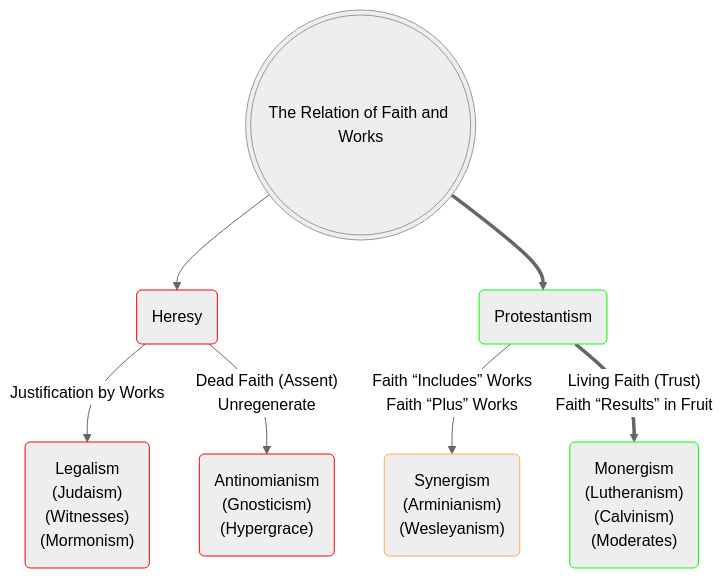
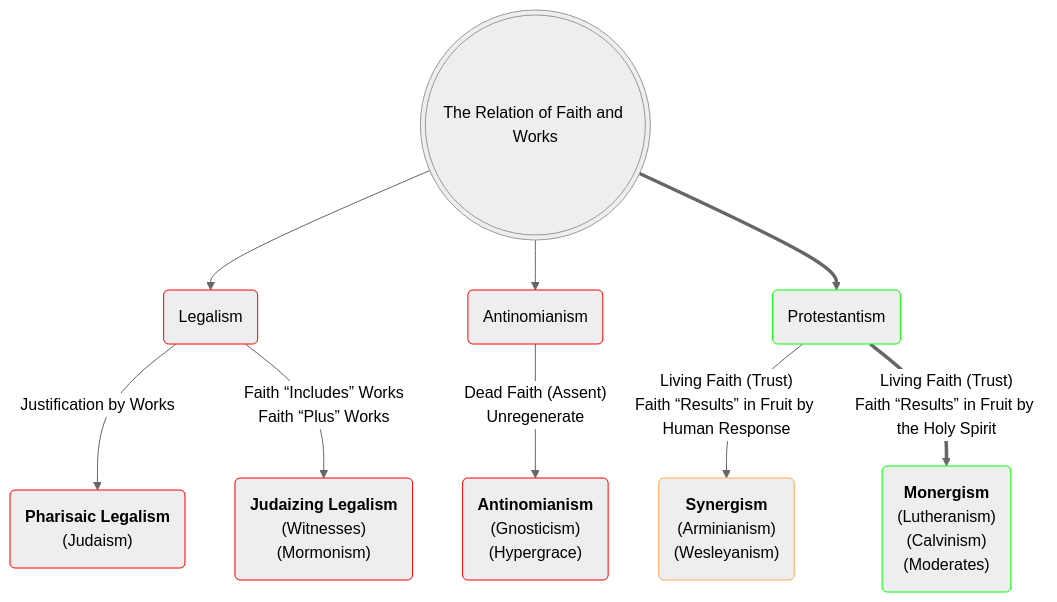
One commit to OrdoLuminis/ordoluminis.github.io changed the diagram in _posts/2025-08-03-historic-protestant-position.markdown. Above: the diagram before and after it, drawn with Mermaid (neutral theme). The commit also changed other lines of this file, not shown here.

````diff
--- a/_posts/2025-08-03-historic-protestant-position.markdown
+++ b/_posts/2025-08-03-historic-protestant-position.markdown
@@ -51,13 +51,15 @@
 ```mermaid
 flowchart TD
     A(((The Relation of Faith and Works)))
-    A -->B(Heresy):::red
-    A ==>C(Protestantism):::green
-    B -->|Justification by Works| D(Legalism<br>&lpar;Judaism&rpar;<br>&lpar;Witnesses&rpar;<br>&lpar;Mormonism&rpar;):::red
-    B -->|Dead Faith &lpar;Assent&rpar;<br>Unregenerate| G(Antinomianism<br>&lpar;Gnosticism&rpar;<br>&lpar;Hypergrace&rpar;):::red
-    C -->|Faith &ldquo;Includes&rdquo; Works<br>Faith &ldquo;Plus&rdquo; Works| E(Synergism<br>&lpar;Arminianism&rpar;<br>&lpar;Wesleyanism&rpar;):::blue
-    C ==>|Living Faith &lpar;Trust&rpar;<br>Faith &ldquo;Results&rdquo; in Fruit| F(Monergism<br>&lpar;Lutheranism&rpar;<br>&lpar;Calvinism&rpar;<br>&lpar;Moderates&rpar;):::green
+    A -->B(Legalism):::red
+    A -->C(Antinomianism):::red
+    A ==>D(Protestantism):::green
+    B -->|Justification by Works| E(<strong>Pharisaic Legalism</strong><br>&lpar;Judaism&rpar;):::red
+    B -->|Faith &ldquo;Includes&rdquo; Works<br>Faith &ldquo;Plus&rdquo; Works| F(<strong>Judaizing Legalism</strong><br>&lpar;Witnesses&rpar;<br>&lpar;Mormonism&rpar;):::red
+    C -->|Dead Faith &lpar;Assent&rpar;<br>Unregenerate| G(<strong>Antinomianism</strong><br>&lpar;Gnosticism&rpar;<br>&lpar;Hypergrace&rpar;):::red
+    D -->|Living Faith &lpar;Trust&rpar;<br>Faith &ldquo;Results&rdquo; in Fruit by Human Response| H(<strong>Synergism</strong><br>&lpar;Arminianism&rpar;<br>&lpar;Wesleyanism&rpar;):::blue
+    D ==>|Living Faith &lpar;Trust&rpar;<br>Faith &ldquo;Results&rdquo; in Fruit by the Holy Spirit| I(<strong>Monergism</strong><br>&lpar;Lutheranism&rpar;<br>&lpar;Calvinism&rpar;<br>&lpar;Moderates&rpar;):::green
     classDef red stroke:#f00
     classDef green stroke:#0f0
     classDef blue stroke:#fa5
 ```
````
